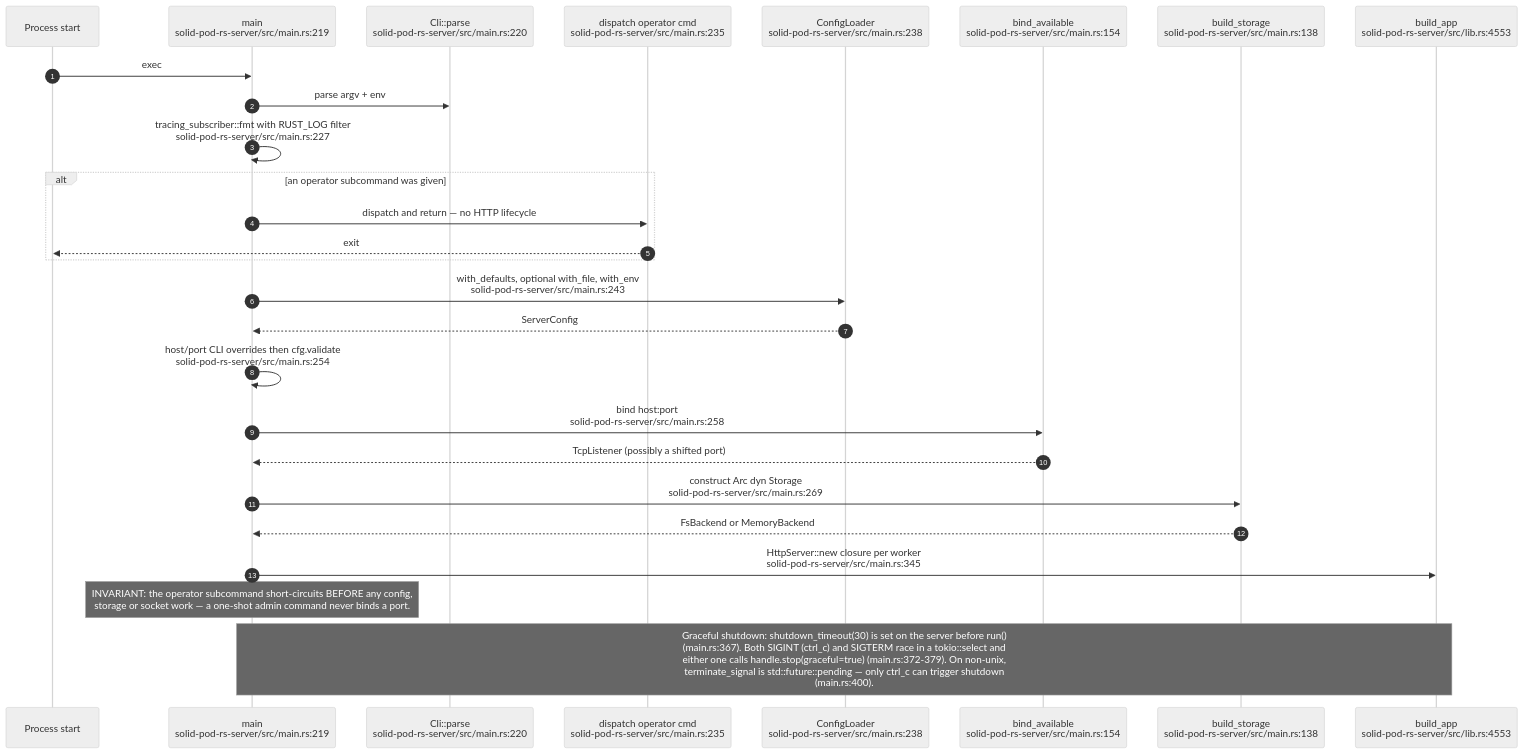
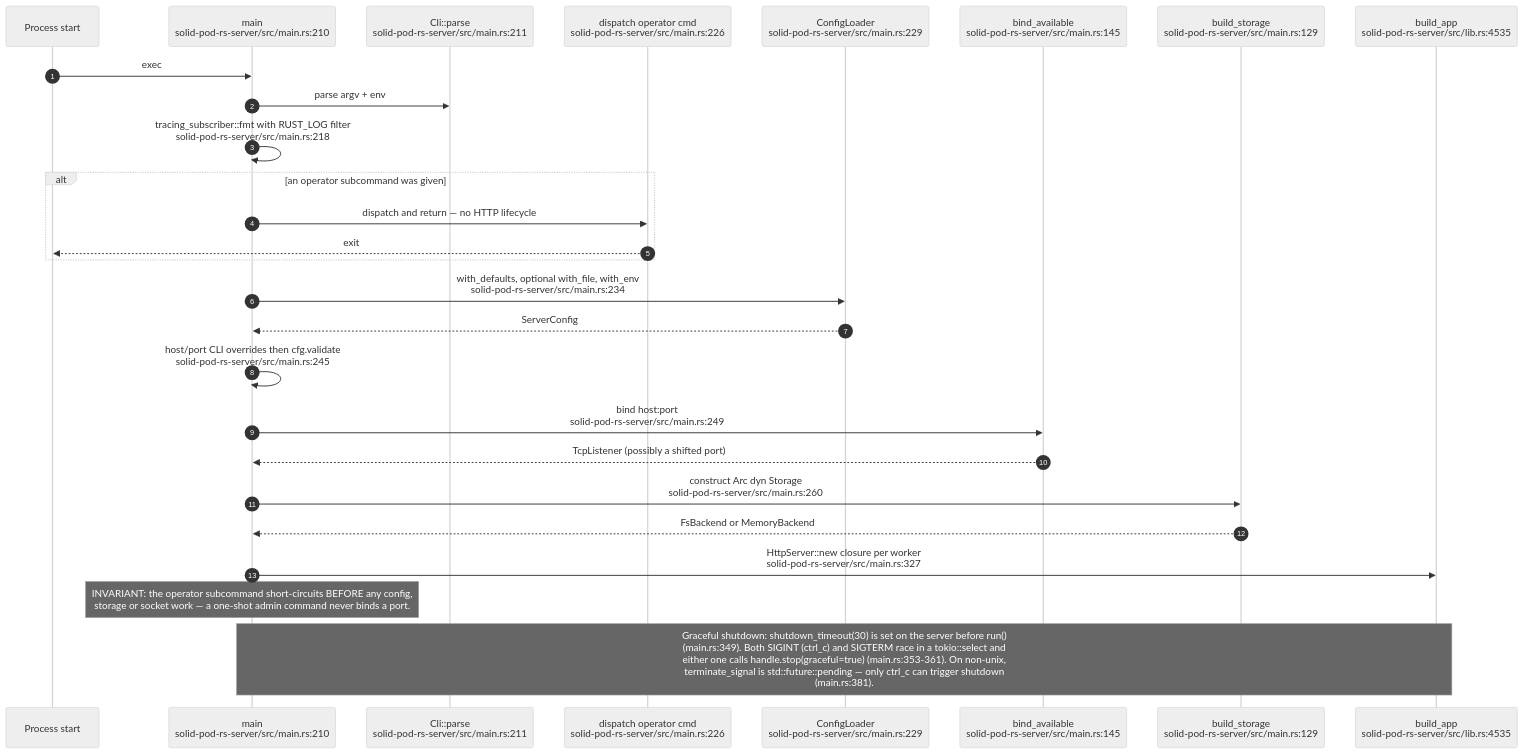
One commit to DreamLab-AI/VisionFlow changed the first of 11 diagrams in docs/diagrams/solid-pod-rs/02-server-boot-and-routes.md. Above: the diagram before and after it, drawn with Mermaid (neutral theme). The commit also changed other lines of this file and 21 other files, not shown here.

Commit message:
docs(diagrams): refresh first verified estate batch

````diff
--- a/docs/diagrams/solid-pod-rs/02-server-boot-and-routes.md
+++ b/docs/diagrams/solid-pod-rs/02-server-boot-and-routes.md
@@ -25,30 +25,30 @@
 ```mermaid
 sequenceDiagram
     autonumber
     participant OS as Process start
-    participant M as main<br/>solid-pod-rs-server/src/main.rs:219
-    participant CLI as Cli::parse<br/>solid-pod-rs-server/src/main.rs:220
-    participant OP as dispatch operator cmd<br/>solid-pod-rs-server/src/main.rs:235
-    participant LD as ConfigLoader<br/>solid-pod-rs-server/src/main.rs:238
-    participant BIND as bind_available<br/>solid-pod-rs-server/src/main.rs:154
-    participant ST as build_storage<br/>solid-pod-rs-server/src/main.rs:138
-    participant APP as build_app<br/>solid-pod-rs-server/src/lib.rs:4553
+    participant M as main<br/>solid-pod-rs-server/src/main.rs:210
+    participant CLI as Cli::parse<br/>solid-pod-rs-server/src/main.rs:211
+    participant OP as dispatch operator cmd<br/>solid-pod-rs-server/src/main.rs:226
+    participant LD as ConfigLoader<br/>solid-pod-rs-server/src/main.rs:229
+    participant BIND as bind_available<br/>solid-pod-rs-server/src/main.rs:145
+    participant ST as build_storage<br/>solid-pod-rs-server/src/main.rs:129
+    participant APP as build_app<br/>solid-pod-rs-server/src/lib.rs:4535
 
     OS->>M: exec
     M->>CLI: parse argv + env
-    M->>M: tracing_subscriber::fmt with RUST_LOG filter<br/>solid-pod-rs-server/src/main.rs:227
+    M->>M: tracing_subscriber::fmt with RUST_LOG filter<br/>solid-pod-rs-server/src/main.rs:218
     alt an operator subcommand was given
         M->>OP: dispatch and return — no HTTP lifecycle
         OP-->>OS: exit
     end
-    M->>LD: with_defaults, optional with_file, with_env<br/>solid-pod-rs-server/src/main.rs:243
+    M->>LD: with_defaults, optional with_file, with_env<br/>solid-pod-rs-server/src/main.rs:234
     LD-->>M: ServerConfig
-    M->>M: host/port CLI overrides then cfg.validate<br/>solid-pod-rs-server/src/main.rs:254
-    M->>BIND: bind host:port<br/>solid-pod-rs-server/src/main.rs:258
+    M->>M: host/port CLI overrides then cfg.validate<br/>solid-pod-rs-server/src/main.rs:245
+    M->>BIND: bind host:port<br/>solid-pod-rs-server/src/main.rs:249
     BIND-->>M: TcpListener (possibly a shifted port)
-    M->>ST: construct Arc dyn Storage<br/>solid-pod-rs-server/src/main.rs:269
+    M->>ST: construct Arc dyn Storage<br/>solid-pod-rs-server/src/main.rs:260
     ST-->>M: FsBackend or MemoryBackend
-    M->>APP: HttpServer::new closure per worker<br/>solid-pod-rs-server/src/main.rs:345
+    M->>APP: HttpServer::new closure per worker<br/>solid-pod-rs-server/src/main.rs:327
     Note over M: INVARIANT: the operator subcommand short-circuits BEFORE any config,<br/>storage or socket work — a one-shot admin command never binds a port.
-    Note over APP,M: Graceful shutdown: shutdown_timeout(30) is set on the server before run()<br/>(main.rs:367). Both SIGINT (ctrl_c) and SIGTERM race in a tokio::select and<br/>either one calls handle.stop(graceful=true) (main.rs:372-379). On non-unix,<br/>terminate_signal is std::future::pending — only ctrl_c can trigger shutdown<br/>(main.rs:400).
+    Note over APP,M: Graceful shutdown: shutdown_timeout(30) is set on the server before run()<br/>(main.rs:349). Both SIGINT (ctrl_c) and SIGTERM race in a tokio::select and<br/>either one calls handle.stop(graceful=true) (main.rs:353-361). On non-unix,<br/>terminate_signal is std::future::pending — only ctrl_c can trigger shutdown<br/>(main.rs:381).
 ```
````
